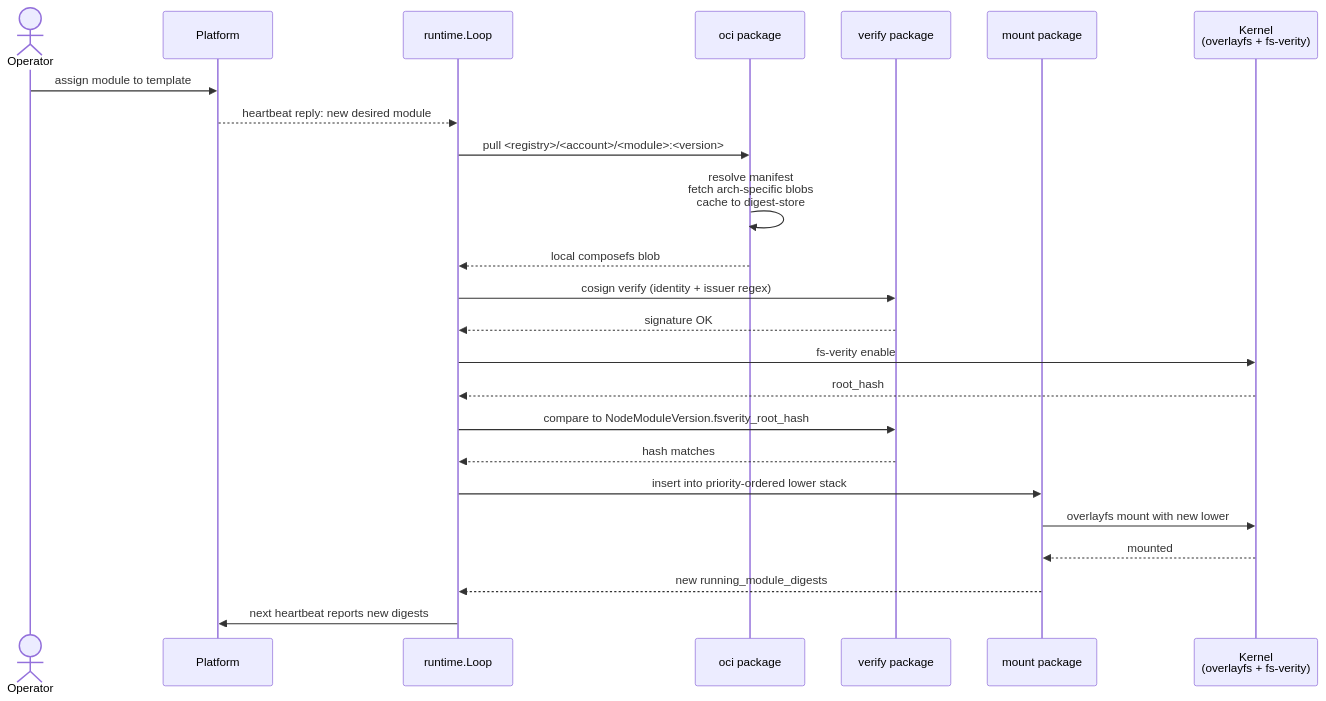
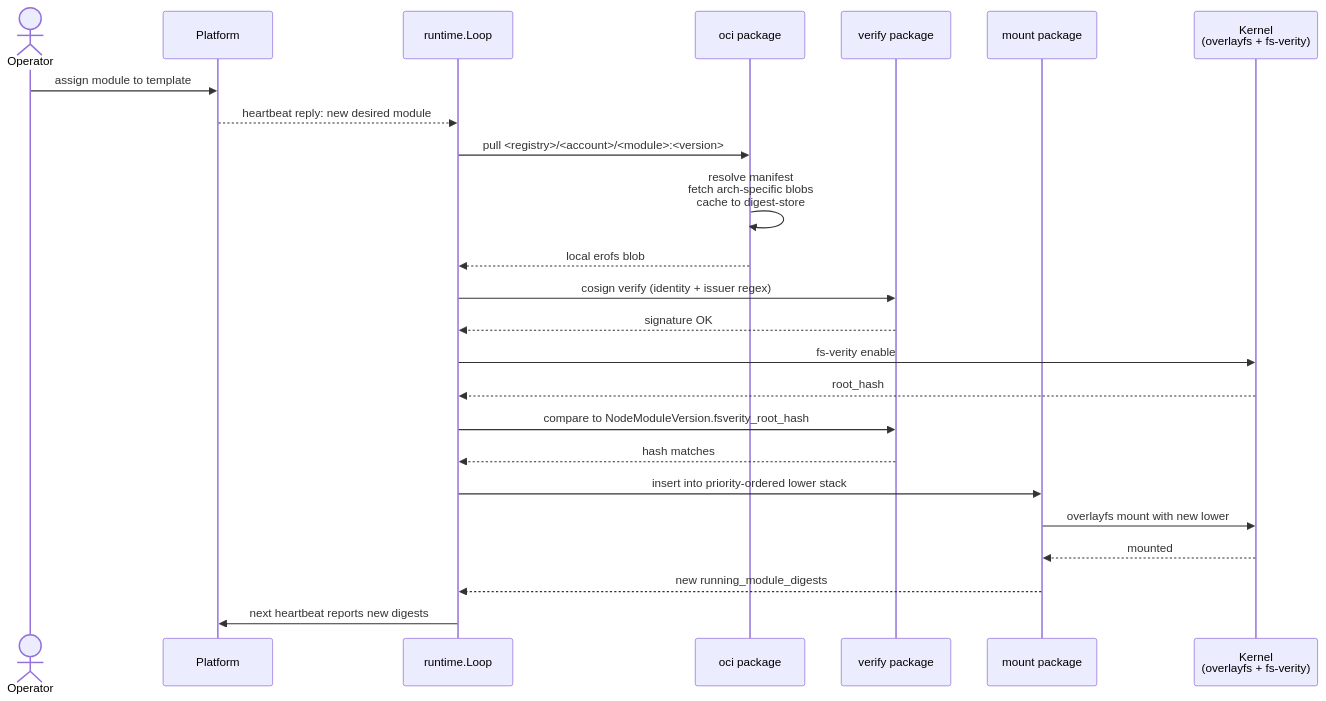
The fourth of 5 diagrams in docs/agent-internals.md (nodealchemy/powernode-system), drawn with Mermaid before and after one commit. The commit also changed other lines of this file and 9 other files, not shown here.

First line of the commit message:
docs: correct composefs->erofs filesystem references in operator docs

````diff
--- a/docs/agent-internals.md
+++ b/docs/agent-internals.md
@@ -201,27 +201,27 @@
 ```mermaid
 sequenceDiagram
     actor Op as Operator
     participant Plat as Platform
     participant Agent as runtime.Loop
     participant OCI as oci package
     participant Verify as verify package
     participant Mount as mount package
     participant Sysfs as Kernel<br/>(overlayfs + fs-verity)
 
     Op->>Plat: assign module to template
     Plat-->>Agent: heartbeat reply: new desired module
     Agent->>OCI: pull <registry>/<account>/<module>:<version>
     OCI->>OCI: resolve manifest<br/>fetch arch-specific blobs<br/>cache to digest-store
-    OCI-->>Agent: local composefs blob
+    OCI-->>Agent: local erofs blob
     Agent->>Verify: cosign verify (identity + issuer regex)
     Verify-->>Agent: signature OK
     Agent->>Sysfs: fs-verity enable
     Sysfs-->>Agent: root_hash
     Agent->>Verify: compare to NodeModuleVersion.fsverity_root_hash
     Verify-->>Agent: hash matches
     Agent->>Mount: insert into priority-ordered lower stack
     Mount->>Sysfs: overlayfs mount with new lower
     Sysfs-->>Mount: mounted
     Mount-->>Agent: new running_module_digests
     Agent->>Plat: next heartbeat reports new digests
 ```
````
